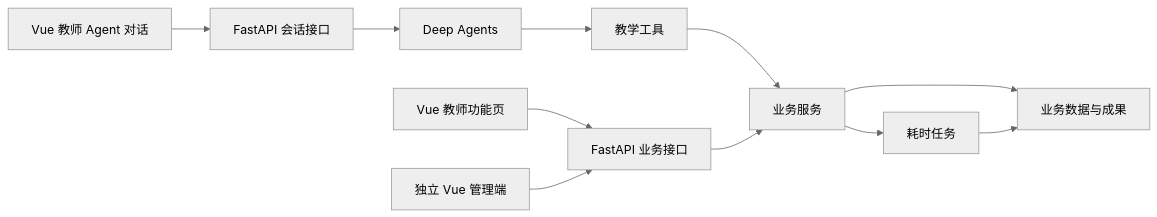
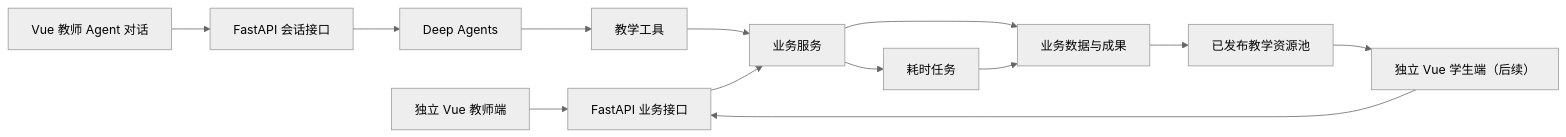
One commit to weiyu687/Dianoia changed the diagram in docs/architecture-design.md. Above: the diagram before and after it, drawn with Mermaid (neutral theme). The commit also changed other lines of this file and 31 other files, not shown here.

````diff
--- a/docs/architecture-design.md
+++ b/docs/architecture-design.md
@@ -17,13 +17,15 @@
 ```mermaid
 flowchart LR
-    TeacherPages["Vue 教师功能页"] --> BusinessAPI["FastAPI 业务接口"]
-    AdminPages["独立 Vue 管理端"] --> BusinessAPI
+    TeacherPages["独立 Vue 教师端"] --> BusinessAPI["FastAPI 业务接口"]
+    StudentPages["独立 Vue 学生端（后续）"] --> BusinessAPI
     Chat["Vue 教师 Agent 对话"] --> AgentAPI["FastAPI 会话接口"]
     AgentAPI --> DeepAgents["Deep Agents"]
     DeepAgents --> Tools["教学工具"]
     Tools --> Services["业务服务"]
     BusinessAPI --> Services
     Services --> Records["业务数据与成果"]
+    Records --> SharedPool["已发布教学资源池"]
+    SharedPool --> StudentPages
     Services --> Jobs["耗时任务"]
     Jobs --> Records
 ```
````
